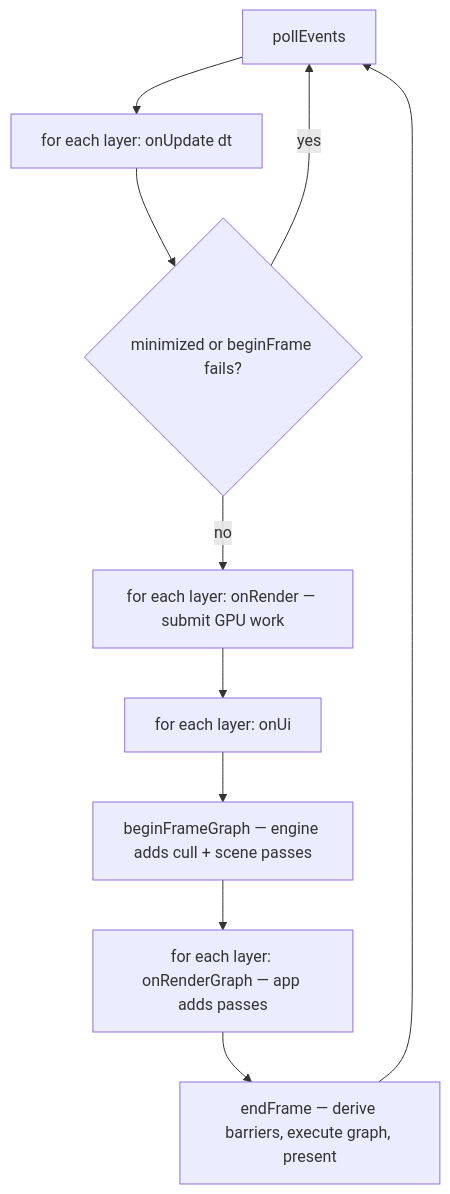
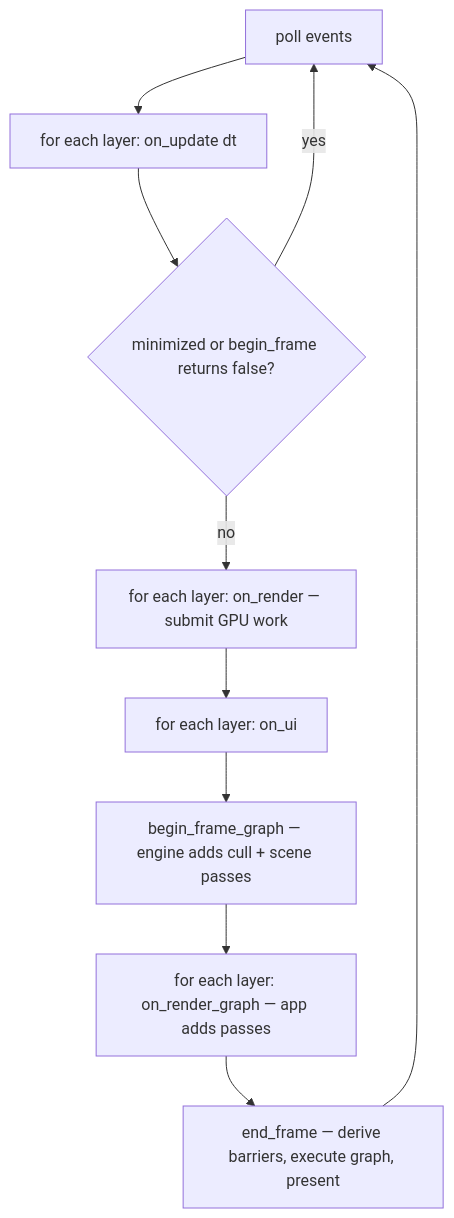
The diagram in docs/content/explanations/app-lifecycle-and-window/main-loop-and-run.md (saffronjam/saffron-anima), drawn with Mermaid before and after one commit. The commit also changed other lines of this file and 5 other files, not shown here.

````diff
--- a/docs/content/explanations/app-lifecycle-and-window/main-loop-and-run.md
+++ b/docs/content/explanations/app-lifecycle-and-window/main-loop-and-run.md
@@ -43,12 +57,12 @@
 ```mermaid
 flowchart TD
-    P[pollEvents] --> U[for each layer: onUpdate dt]
-    U --> M{minimized or beginFrame fails?}
+    P[poll events] --> U[for each layer: on_update dt]
+    U --> M{minimized or begin_frame returns false?}
     M -- yes --> P
-    M -- no --> R[for each layer: onRender — submit GPU work]
-    R --> UI[for each layer: onUi]
-    UI --> BG[beginFrameGraph — engine adds cull + scene passes]
-    BG --> OG[for each layer: onRenderGraph — app adds passes]
-    OG --> EF[endFrame — derive barriers, execute graph, present]
+    M -- no --> R[for each layer: on_render — submit GPU work]
+    R --> UI[for each layer: on_ui]
+    UI --> BG[begin_frame_graph — engine adds cull + scene passes]
+    BG --> OG[for each layer: on_render_graph — app adds passes]
+    OG --> EF[end_frame — derive barriers, execute graph, present]
     EF --> P
 ```
````
